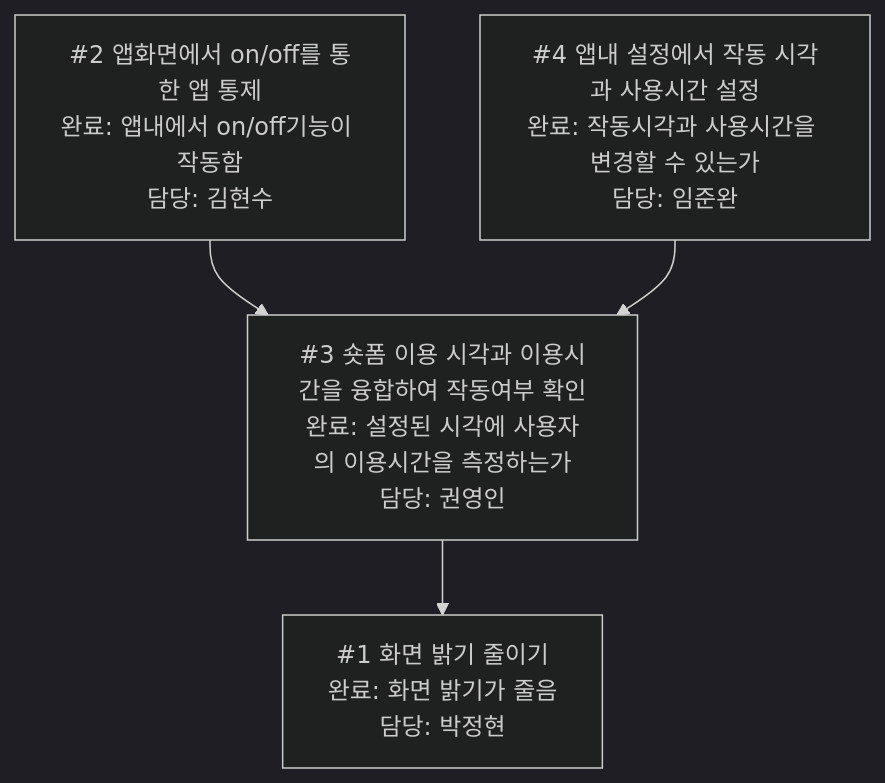
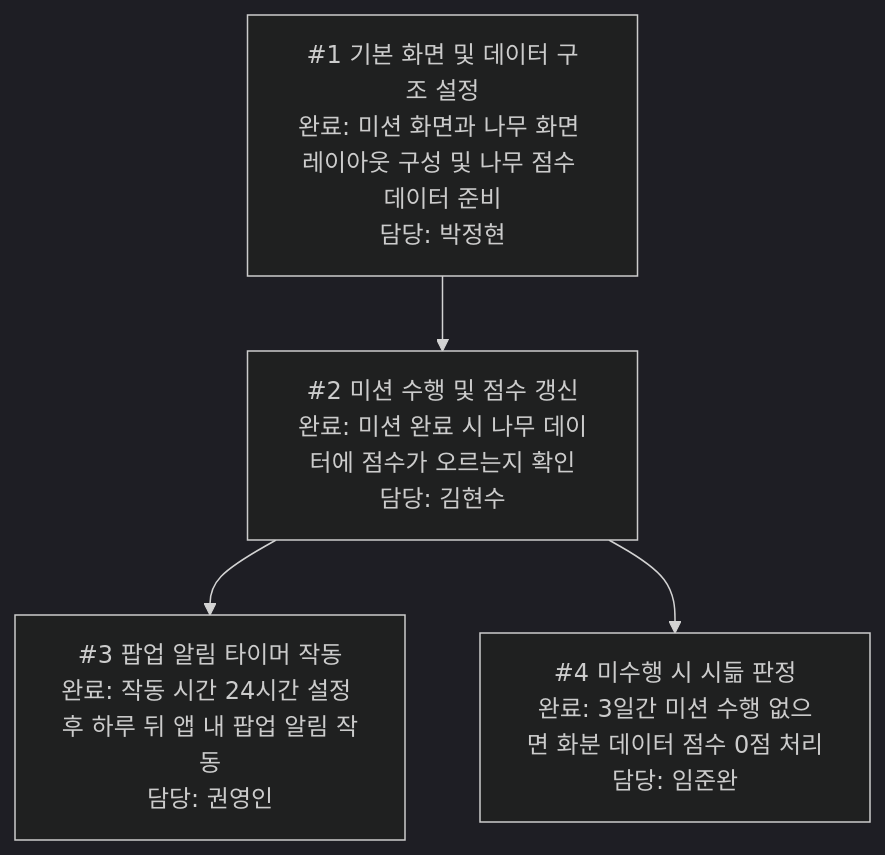
The diagram in week-05.md (kkaknew/AI-X-2team), drawn with Mermaid (dark theme) before and after one commit.

````diff
--- a/week-05.md
+++ b/week-05.md
@@ -47,11 +47,11 @@
 ```mermaid
 flowchart TD
-    T2["#2 앱화면에서 on/off를 통한 앱 통제<br/>완료: 앱내에서 on/off기능이 작동함<br/>담당: 김현수"]
-    T4["#4 앱내 설정에서 작동 시각과 사용시간 설정<br/>완료: 작동시각과 사용시간을 변경할 수 있는가<br/>담당: 임준완"]
-    T3["#3 숏폼 이용 시각과 이용시간을 융합하여 작동여부 확인<br/>완료: 설정된 시각에 사용자의 이용시간을 측정하는가<br/>담당: 권영인"]
-    T1["#1 화면 밝기 줄이기<br/>완료: 화면 밝기가 줄음<br/>담당: 박정현"]
+    T1["#1 기본 화면 및 데이터 구조 설정<br/>완료: 미션 화면과 나무 화면 레이아웃 구성 및 나무 점수 데이터 준비<br/>담당: 박정현"]
+    T2["#2 미션 수행 및 점수 갱신<br/>완료: 미션 완료 시 나무 데이터에 점수가 오르는지 확인<br/>담당: 김현수"]
+    T3["#3 팝업 알림 타이머 작동<br/>완료: 작동 시간 24시간 설정 후 하루 뒤 앱 내 팝업 알림 작동<br/>담당: 권영인"]
+    T4["#4 미수행 시 시듦 판정<br/>완료: 3일간 미션 수행 없으면 화분 데이터 점수 0점 처리<br/>담당: 임준완"]
 
+    T1 --> T2
     T2 --> T3
-    T4 --> T3
-    T3 --> T1
+    T2 --> T4
 ```
````
